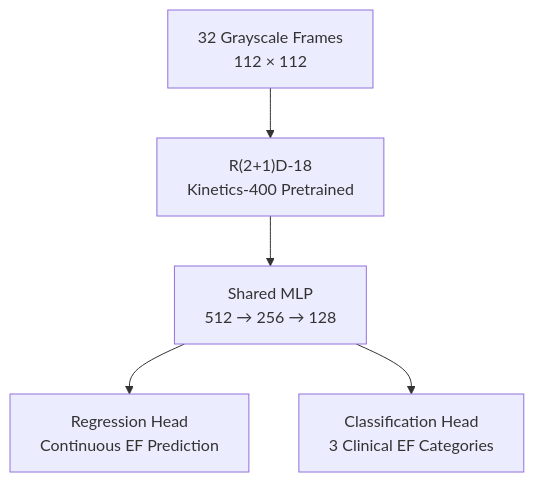
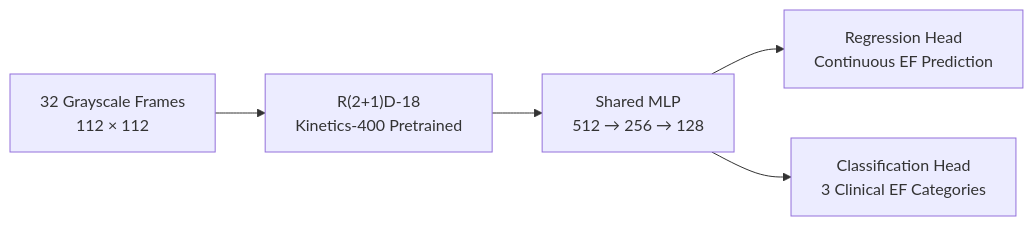
Before and after one commit to MagikMagician/Echocardiogram-CNN-Year2_Project: the diagram in README.md, drawn with Mermaid.

Commit message:
Change flowchart direction in README.md
Updated flowchart syntax in README for clarity.

````diff
--- a/README.md
+++ b/README.md
@@ -40,7 +40,7 @@
 ```mermaid
-flowchart TD
+flowchart LR
     A["32 Grayscale Frames<br/>112 × 112"] --> B["R(2+1)D-18<br/>Kinetics-400 Pretrained"]
     B --> C["Shared MLP<br/>512 → 256 → 128"]
     C --> D["Regression Head<br/>Continuous EF Prediction"]
     C --> E["Classification Head<br/>3 Clinical EF Categories"]
 ```
````
